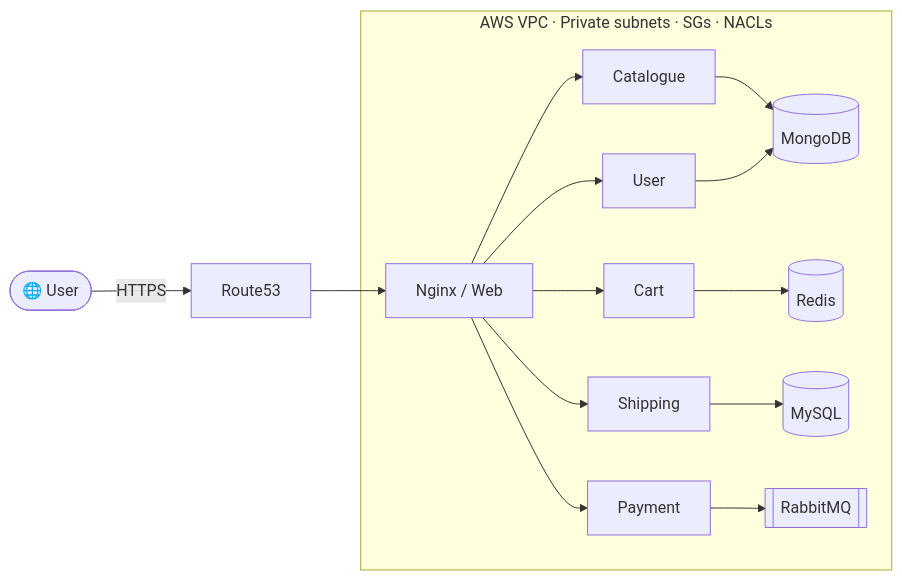
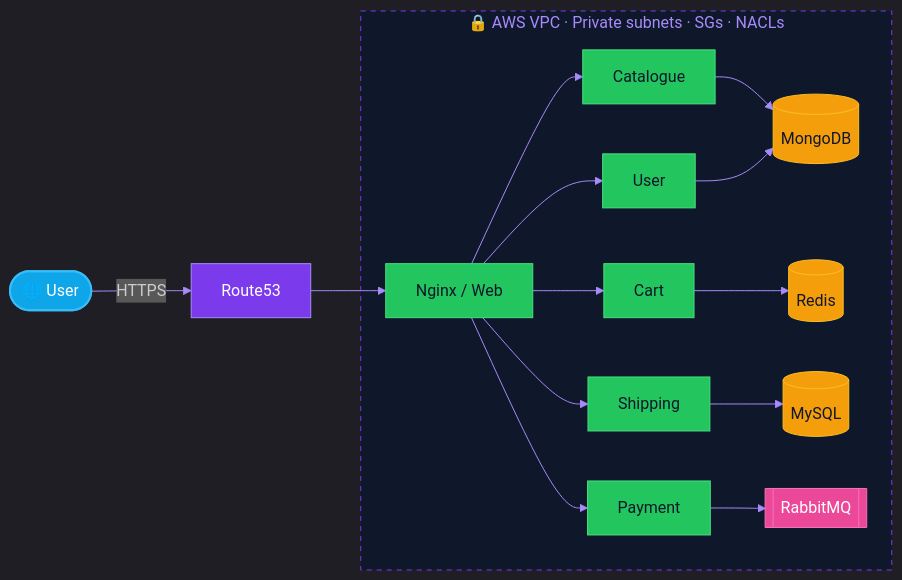
The first of 5 diagrams in README.md (lloredia/lloredia), drawn with Mermaid before and after one commit. The commit also changed other lines of this file, not shown here.

First line of the commit message:
Add animated header, ASCII figlet, SOC dashboard, themed mermaid

````diff
--- a/README.md
+++ b/README.md
@@ -174,27 +219,34 @@
 ```mermaid
+%%{init: {'theme':'dark','themeVariables':{'primaryColor':'#1E293B','primaryTextColor':'#E2E8F0','primaryBorderColor':'#7C3AED','lineColor':'#A78BFA','secondaryColor':'#0F172A','tertiaryColor':'#1E293B','fontFamily':'Fira Code'}}}%%
 flowchart LR
-    U([🌐 User]) -->|HTTPS| R53[Route53]
-    R53 --> WEB[Nginx / Web]
-    WEB --> CAT[Catalogue]
-    WEB --> CART[Cart]
-    WEB --> USR[User]
-    WEB --> SHIP[Shipping]
-    WEB --> PAY[Payment]
-    CAT --> MONGO[(MongoDB)]
+    U([🌐 User]):::edge -->|HTTPS| R53[Route53]:::dns
+    R53 --> WEB[Nginx / Web]:::svc
+    WEB --> CAT[Catalogue]:::svc
+    WEB --> CART[Cart]:::svc
+    WEB --> USR[User]:::svc
+    WEB --> SHIP[Shipping]:::svc
+    WEB --> PAY[Payment]:::svc
+    CAT --> MONGO[(MongoDB)]:::data
     USR --> MONGO
-    CART --> REDIS[(Redis)]
-    SHIP --> MYSQL[(MySQL)]
-    PAY --> RMQ[[RabbitMQ]]
-    subgraph VPC[AWS VPC · Private subnets · SGs · NACLs]
+    CART --> REDIS[(Redis)]:::data
+    SHIP --> MYSQL[(MySQL)]:::data
+    PAY --> RMQ[[RabbitMQ]]:::queue
+    subgraph VPC[🔒 AWS VPC · Private subnets · SGs · NACLs]
       WEB
       CAT
       CART
       USR
       SHIP
       PAY
       MONGO
       REDIS
       MYSQL
       RMQ
     end
+    classDef edge fill:#0EA5E9,stroke:#38BDF8,color:#fff,stroke-width:2px
+    classDef dns fill:#7C3AED,stroke:#A78BFA,color:#fff
+    classDef svc fill:#22C55E,stroke:#4ADE80,color:#0F172A,stroke-width:1px
+    classDef data fill:#F59E0B,stroke:#FBBF24,color:#0F172A
+    classDef queue fill:#EC4899,stroke:#F472B6,color:#fff
+    style VPC fill:#0F172A,stroke:#7C3AED,stroke-dasharray: 5 5,color:#A78BFA
 ```
````
